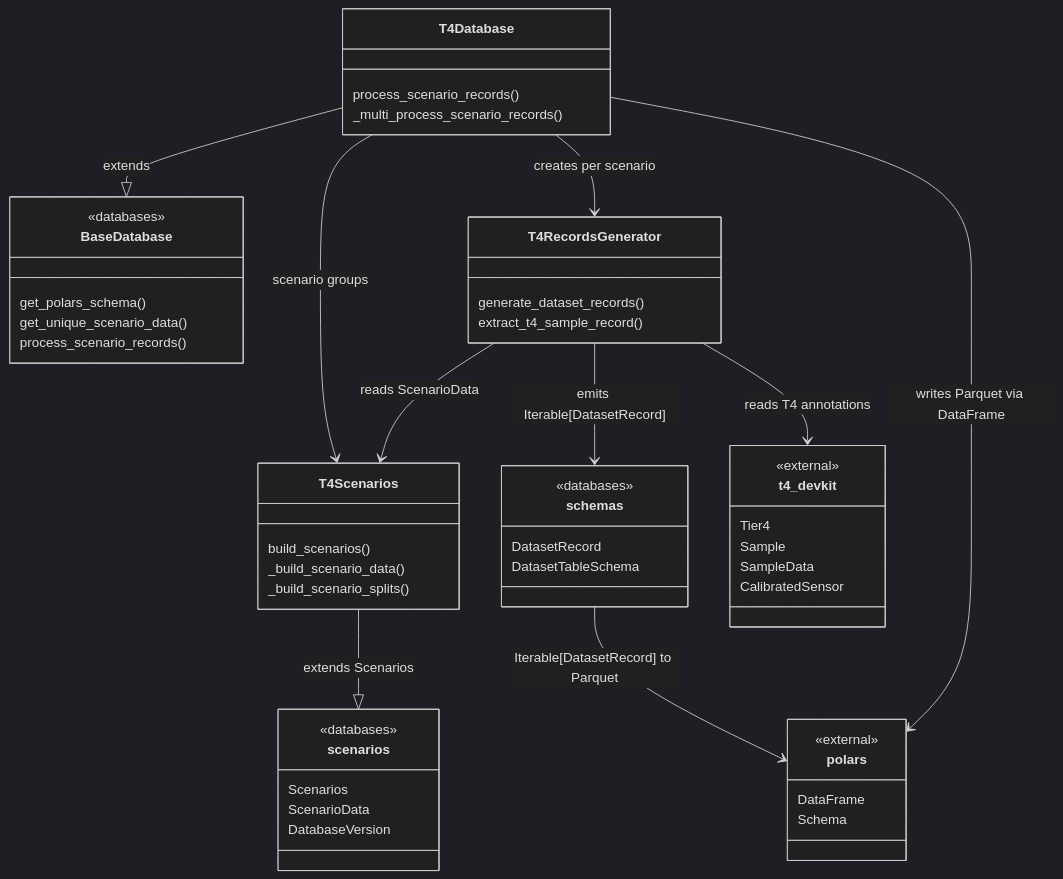
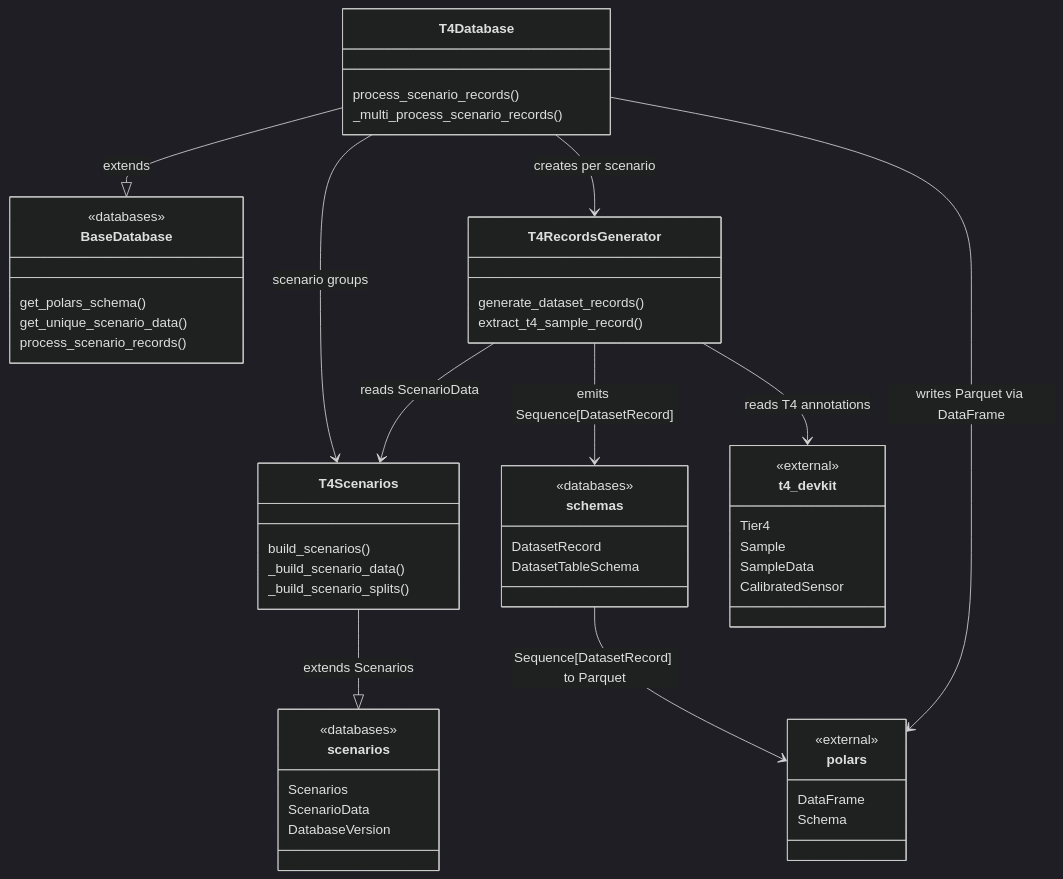
Before and after one commit to tier4/autoware-ml: the diagram in autoware_ml/databases/t4datasets/README.md, drawn with Mermaid (dark theme). The commit also changed 10 other files, not shown here.

````diff
--- a/autoware_ml/databases/t4datasets/README.md
+++ b/autoware_ml/databases/t4datasets/README.md
@@ -13,67 +13,67 @@
 ```mermaid
 classDiagram
     direction TB
 
     class polars {
         <<external>>
         DataFrame
         Schema
     }
 
     class t4_devkit {
         <<external>>
         Tier4
         Sample
         SampleData
         CalibratedSensor
     }
 
     class scenarios {
         <<databases>>
         Scenarios
         ScenarioData
         DatabaseVersion
     }
 
     class schemas {
         <<databases>>
         DatasetRecord
         DatasetTableSchema
     }
 
     class BaseDatabase {
         <<databases>>
         get_polars_schema()
         get_unique_scenario_data()
         process_scenario_records()
     }
 
     class T4Scenarios {
         build_scenarios()
         _build_scenario_data()
         _build_scenario_splits()
     }
 
     class T4RecordsGenerator {
         generate_dataset_records()
         extract_t4_sample_record()
     }
 
     class T4Database {
         process_scenario_records()
         _multi_process_scenario_records()
     }
 
     T4Scenarios --|> scenarios : extends Scenarios
 
     T4Database --|> BaseDatabase : extends
     T4Database --> T4Scenarios : scenario groups
     T4Database --> T4RecordsGenerator : creates per scenario
     T4Database --> polars : writes Parquet via DataFrame
 
     T4RecordsGenerator --> T4Scenarios : reads ScenarioData
-    T4RecordsGenerator --> schemas : emits Iterable[DatasetRecord]
+    T4RecordsGenerator --> schemas : emits Sequence[DatasetRecord]
     T4RecordsGenerator --> t4_devkit : reads T4 annotations
 
-    schemas --> polars: Iterable[DatasetRecord] to Parquet
+    schemas --> polars: Sequence[DatasetRecord] to Parquet
 ```
````
